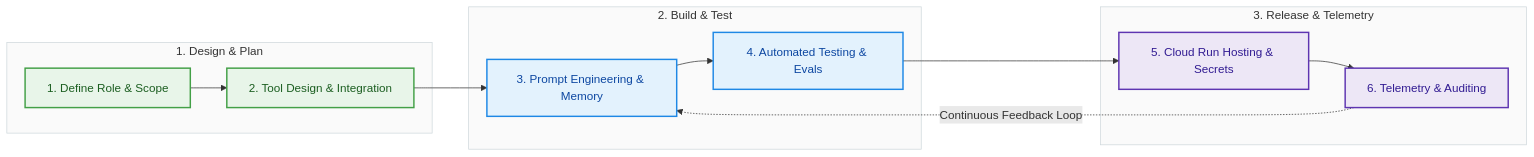
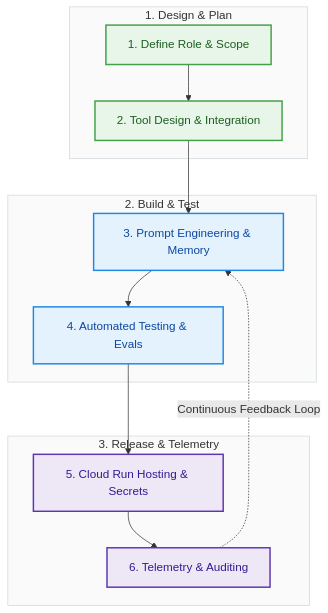
The diagram in docs/agentic_ai_lifecycle.md (Sunilrana1978/travel-agent), drawn with Mermaid before and after one commit.

Commit message:
docs: change agentic lifecycle flowchart to top-down (TD)

````diff
--- a/docs/agentic_ai_lifecycle.md
+++ b/docs/agentic_ai_lifecycle.md
@@ -11,38 +11,38 @@
 ```mermaid
-flowchart LR
+flowchart TD
     %% Styles Definition
     classDef dev fill:#E3F2FD,stroke:#1E88E5,stroke-width:2px,color:#0D47A1;
     classDef ops fill:#EDE7F6,stroke:#5E35B1,stroke-width:2px,color:#311B92;
     classDef plan fill:#E8F5E9,stroke:#43A047,stroke-width:2px,color:#1B5E20;
 
     %% Subgraphs for Phases
     subgraph DesignPhase ["1. Design & Plan"]
         A["1. Define Role & Scope"]:::plan
         B["2. Tool Design & Integration"]:::plan
     end
 
     subgraph DevPhase ["2. Build & Test"]
         C["3. Prompt Engineering & Memory"]:::dev
         D["4. Automated Testing & Evals"]:::dev
     end
 
     subgraph OpsPhase ["3. Release & Telemetry"]
         E["5. Cloud Run Hosting & Secrets"]:::ops
         F["6. Telemetry & Auditing"]:::ops
     end
 
     %% Connections
     A --> B
     B --> C
     C --> D
     D --> E
     E --> F
     
     %% Feedback Loop
     F -.->|"Continuous Feedback Loop"| C
     
     %% Styling subgraphs
     style DesignPhase fill:#FAFAFA,stroke:#CFD8DC,stroke-width:1px
     style DevPhase fill:#FAFAFA,stroke:#CFD8DC,stroke-width:1px
     style OpsPhase fill:#FAFAFA,stroke:#CFD8DC,stroke-width:1px
 ```
````
